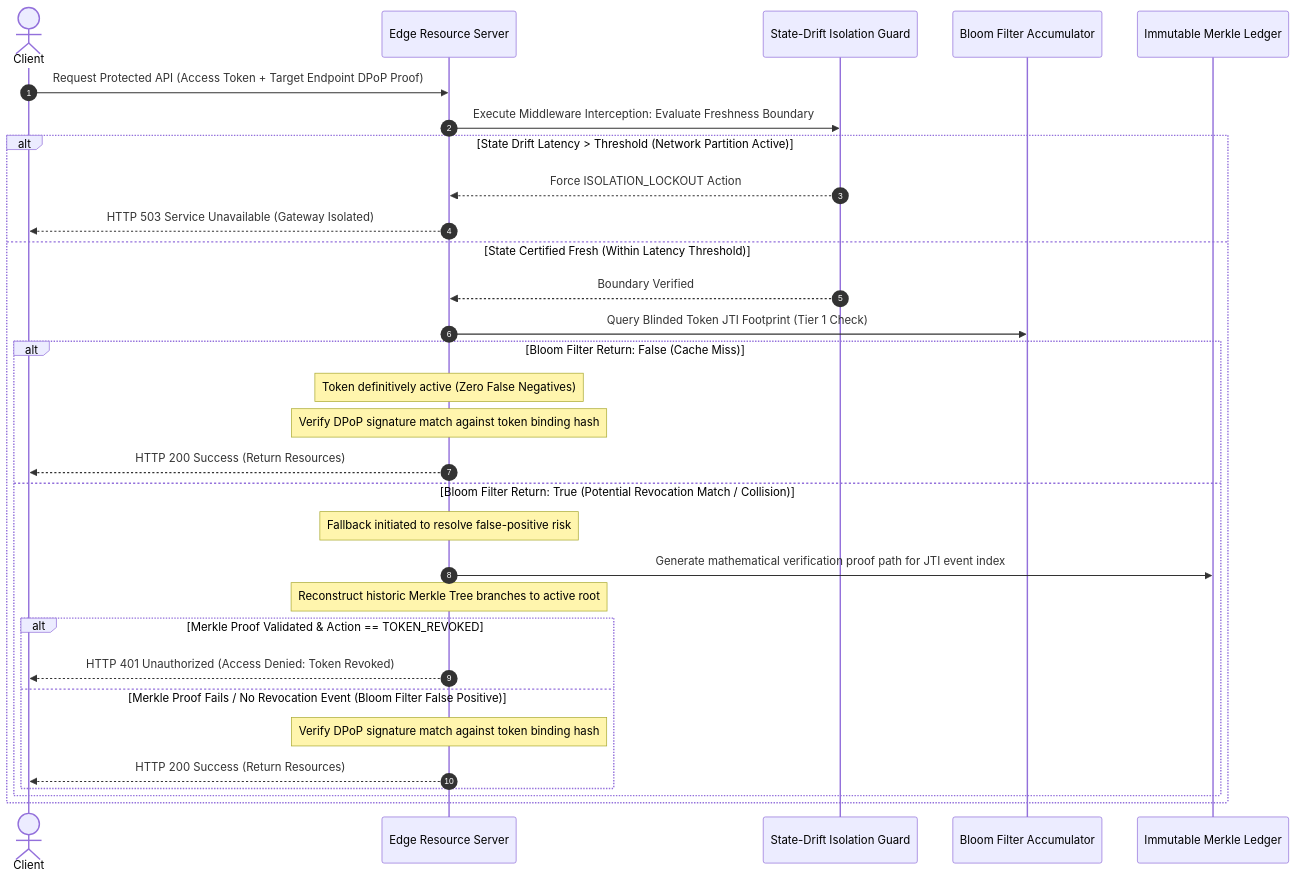
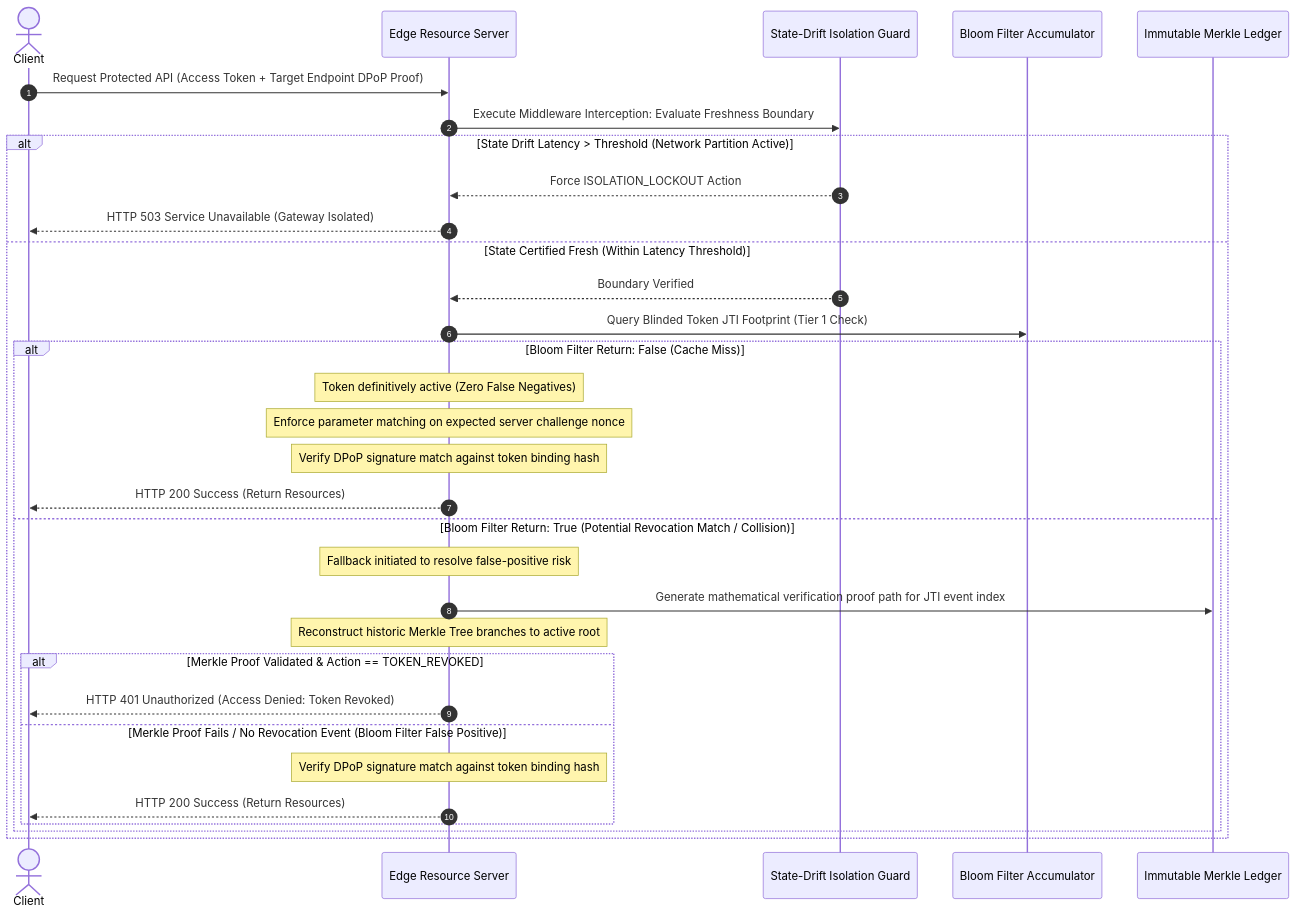
Before and after one commit to Kefmat/zero-trust-token-authority: the third of 3 diagrams in README.md, drawn with Mermaid. The commit also changed other lines of this file, not shown here.

Commit message:
docs(readme): document server challenge nonce and type-safety definitions
Updates the core cryptographic pillars and verification sequence to include documentation for the RFC 9449-compliant server challenge nonce loop. Appends structural validation notes regarding strict typescript compilation environments to the component specification matrix.

````diff
--- a/README.md
+++ b/README.md
@@ -75,37 +75,38 @@
 ```mermaid
 sequenceDiagram
 autonumber
 actor Client
 participant RS as Edge Resource Server
 participant Guard as State-Drift Isolation Guard
 participant Bloom as Bloom Filter Accumulator
 participant Ledger as Immutable Merkle Ledger
 
 Client->>RS: Request Protected API (Access Token + Target Endpoint DPoP Proof)
 RS->>Guard: Execute Middleware Interception: Evaluate Freshness Boundary
 
 alt State Drift Latency > Threshold (Network Partition Active)
     Guard-->>RS: Force ISOLATION_LOCKOUT Action
     RS-->>Client: HTTP 503 Service Unavailable (Gateway Isolated)
 else State Certified Fresh (Within Latency Threshold)
-    Guard-->>RS: Boundary Verified
-    RS->>Bloom: Query Blinded Token JTI Footprint (Tier 1 Check)
+        Guard-->>RS: Boundary Verified
+        RS->>Bloom: Query Blinded Token JTI Footprint (Tier 1 Check)
 
-    alt Bloom Filter Return: False (Cache Miss)
-        Note over RS: Token definitively active (Zero False Negatives)
-        Note over RS: Verify DPoP signature match against token binding hash
-        RS-->>Client: HTTP 200 Success (Return Resources)
+        alt Bloom Filter Return: False (Cache Miss)
+            Note over RS: Token definitively active (Zero False Negatives)
+            Note over RS: Enforce parameter matching on expected server challenge nonce
+            Note over RS: Verify DPoP signature match against token binding hash
+            RS-->>Client: HTTP 200 Success (Return Resources)
     else Bloom Filter Return: True (Potential Revocation Match / Collision)
         Note over RS: Fallback initiated to resolve false-positive risk
         RS->>Ledger: Generate mathematical verification proof path for JTI event index
         Note over RS: Reconstruct historic Merkle Tree branches to active root
 
         alt Merkle Proof Validated & Action == TOKEN_REVOKED
             RS-->>Client: HTTP 401 Unauthorized (Access Denied: Token Revoked)
         else Merkle Proof Fails / No Revocation Event (Bloom Filter False Positive)
             Note over RS: Verify DPoP signature match against token binding hash
             RS-->>Client: HTTP 200 Success (Return Resources)
         end
     end
 end
 ```
````
